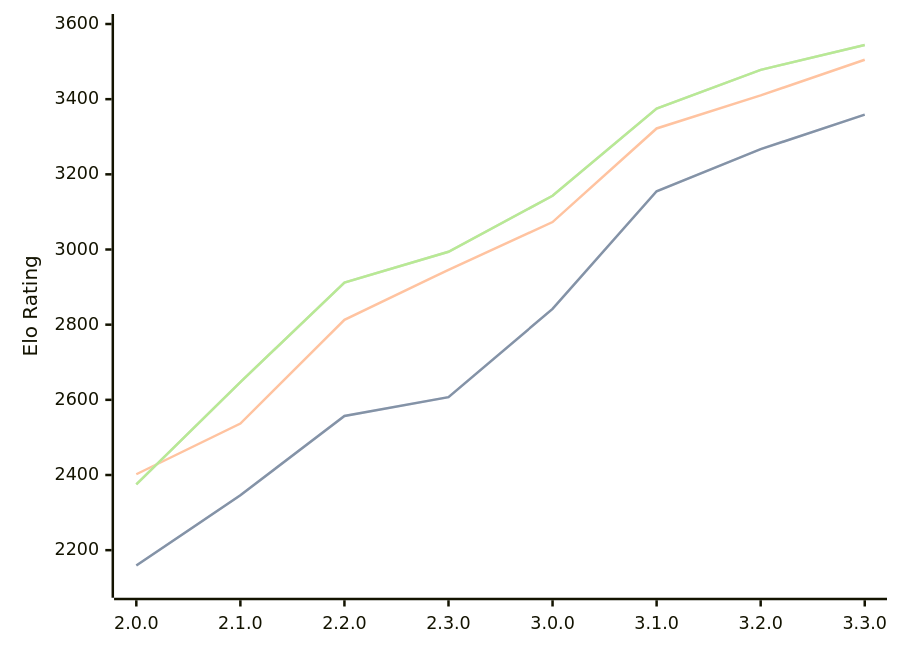
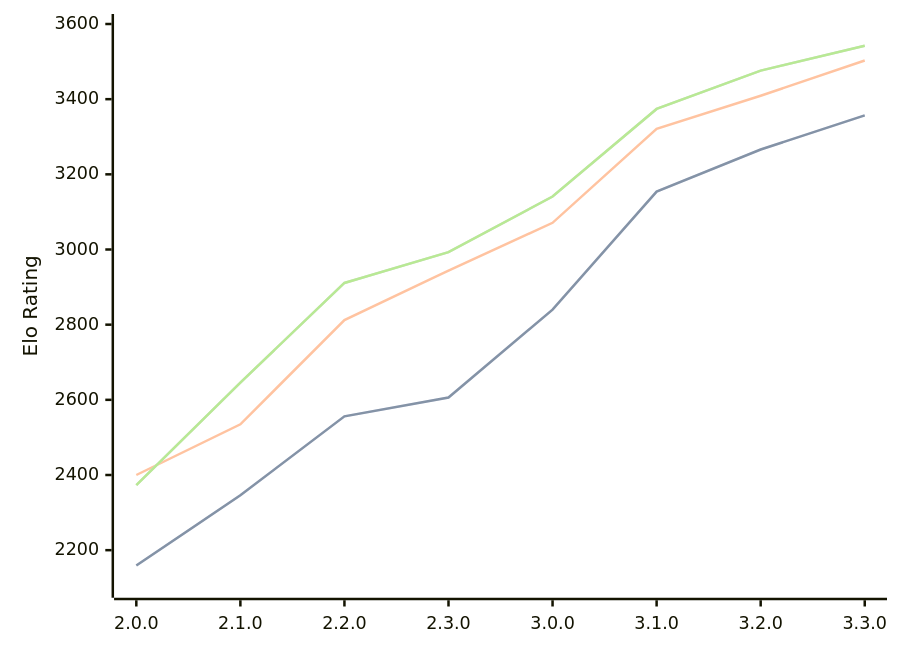
Before and after one commit to computer-chess-index/cci: the diagram in engines/Raphael.md, drawn with Mermaid. The commit also changed other lines of this file, not shown here.

Commit message:
Update CCI Ratings (ELO VLTC) - 2026-04-26

````diff
--- a/engines/Raphael.md
+++ b/engines/Raphael.md
@@ -50,11 +50,11 @@
 ```mermaid
 %%{init: {"theme":"base","themeVariables":{"seriesColors:['#a3a3a3','#222221','#faa371']}}}%%
 xychart-beta
   x-axis ["2.0.0", "2.1.0", "2.2.0", "2.3.0", "3.0.0", "3.1.0", "3.2.0", "3.3.0"]
   y-axis "Elo Rating" 2100 --> 3600
-  line "STC (8.0+0.08s)" [2159, 2346, 2557, 2607, 2842, 3155, 3267, 3359]
-  line "STC (8.0+0.08s)" [2159, 2346, 2557, 2607, 2842, 3155, 3267, 3359]
-  line "LTC (60.0+0.60s)" [2402, 2537, 2813, 2946, 3073, 3322, 3410, 3505]
-  line "VLTC (2m24s+1.12s)" [2375, 2647, 2912, 2994, 3143, 3375, 3478, 3544]
-  line "VLTC (2m24s+1.12s)" [2375, 2647, 2912, 2994, 3143, 3375, 3478, 3544]
+  line "STC (8.0+0.08s)" [2159, 2346, 2556, 2606, 2840, 3154, 3266, 3357]
+  line "STC (8.0+0.08s)" [2159, 2346, 2556, 2606, 2840, 3154, 3266, 3357]
+  line "LTC (60.0+0.60s)" [2400, 2535, 2812, 2944, 3071, 3321, 3409, 3503]
+  line "VLTC (2m24s+1.12s)" [2373, 2646, 2911, 2993, 3141, 3374, 3476, 3542]
+  line "VLTC (2m24s+1.12s)" [2373, 2646, 2911, 2993, 3141, 3374, 3476, 3542]
 ```
````
